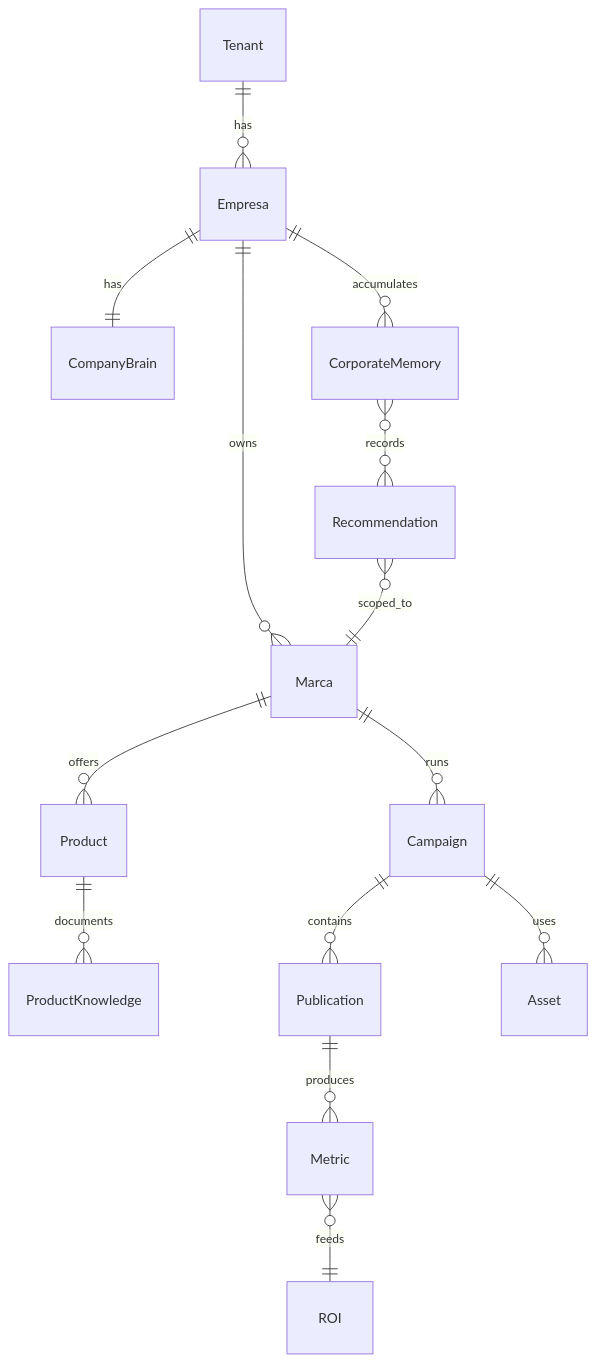
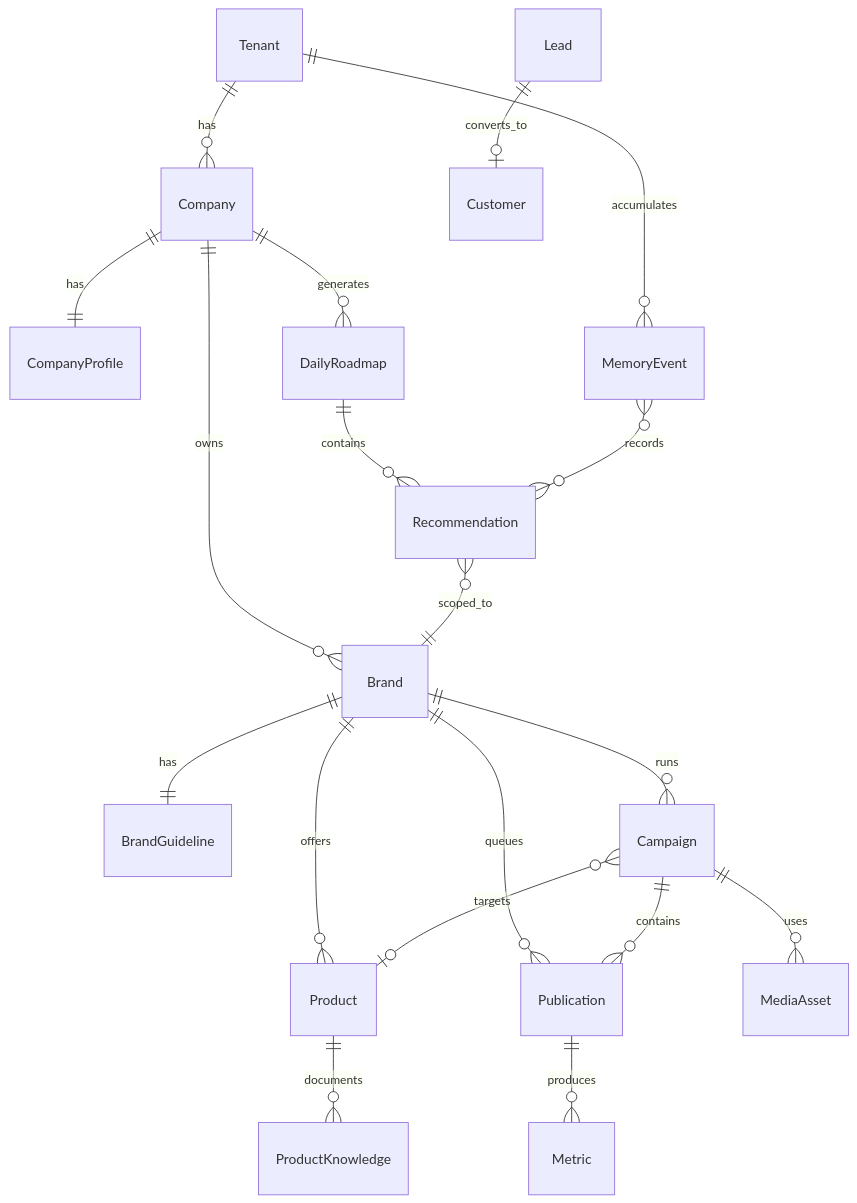
Before and after one commit to shidalgo0925/easytech_marketing: the diagram in docs/MARKETING_OS_DOMAIN_MODEL.md, drawn with Mermaid. The commit also changed other lines of this file and 10 other files, not shown here.

````diff
--- a/docs/MARKETING_OS_DOMAIN_MODEL.md
+++ b/docs/MARKETING_OS_DOMAIN_MODEL.md
@@ -224,16 +317,21 @@
 ```mermaid
 erDiagram
-  Tenant ||--o{ Empresa : has
-  Empresa ||--|| CompanyBrain : has
-  Empresa ||--o{ CorporateMemory : accumulates
-  Empresa ||--o{ Marca : owns
-  Marca ||--o{ Product : offers
-  Marca ||--o{ Campaign : runs
+  Tenant ||--o{ Company : has
+  Company ||--|| CompanyProfile : has
+  Company ||--o{ Brand : owns
+  Company ||--o{ DailyRoadmap : generates
+  Tenant ||--o{ MemoryEvent : accumulates
+  Brand ||--|| BrandGuideline : has
+  Brand ||--o{ Product : offers
+  Brand ||--o{ Campaign : runs
+  Brand ||--o{ Publication : queues
   Product ||--o{ ProductKnowledge : documents
   Campaign ||--o{ Publication : contains
-  Campaign ||--o{ Asset : uses
+  Campaign }o--o| Product : targets
+  Campaign ||--o{ MediaAsset : uses
   Publication ||--o{ Metric : produces
-  Metric }o--|| ROI : feeds
-  Recommendation }o--|| Marca : scoped_to
-  CorporateMemory }o--o{ Recommendation : records
+  DailyRoadmap ||--o{ Recommendation : contains
+  Recommendation }o--|| Brand : scoped_to
+  Lead ||--o| Customer : converts_to
+  MemoryEvent }o--o{ Recommendation : records
 ```
````
